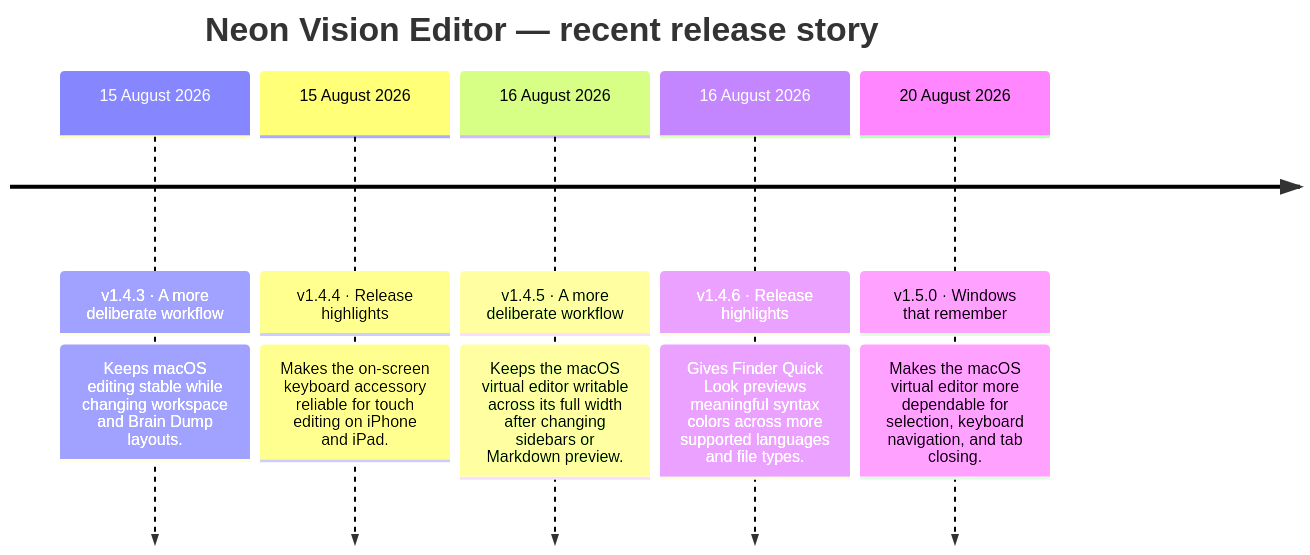
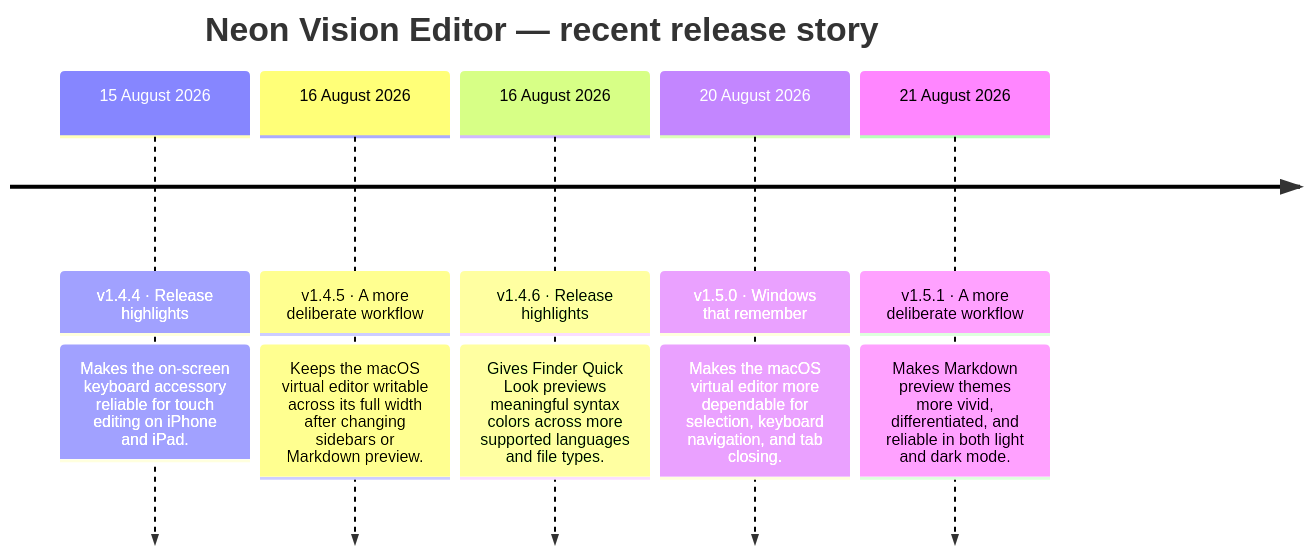
Before and after one commit to h3pdesign/Neon-Vision-Editor: the second of 2 diagrams in README.md, drawn with Mermaid. The commit also changed other lines of this file and 12 other files, not shown here.

````diff
--- a/README.md
+++ b/README.md
@@ -767,14 +779,14 @@
 ```mermaid
 timeline
     title Neon Vision Editor — recent release story
-    15 August 2026 : v1.4.3 · A more deliberate workflow
-                : Keeps macOS editing stable while changing workspace and Brain Dump layouts.
     15 August 2026 : v1.4.4 · Release highlights
                 : Makes the on-screen keyboard accessory reliable for touch editing on iPhone and iPad.
     16 August 2026 : v1.4.5 · A more deliberate workflow
                 : Keeps the macOS virtual editor writable across its full width after changing sidebars or Markdown preview.
     16 August 2026 : v1.4.6 · Release highlights
                 : Gives Finder Quick Look previews meaningful syntax colors across more supported languages and file types.
     20 August 2026 : v1.5.0 · Windows that remember
                 : Makes the macOS virtual editor more dependable for selection, keyboard navigation, and tab closing.
+    21 August 2026 : v1.5.1 · A more deliberate workflow
+                : Makes Markdown preview themes more vivid, differentiated, and reliable in both light and dark mode.
 ```
````
